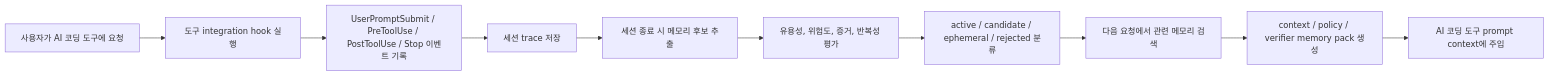
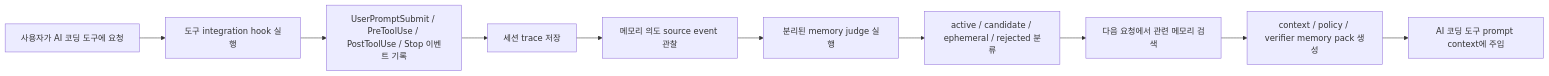
Before and after one commit to lteawoo/MemAssist: the first of 8 diagrams in README.md, drawn with Mermaid. The commit also changed other lines of this file and 53 other files, not shown here.

````diff
--- a/README.md
+++ b/README.md
@@ -107,12 +111,12 @@
 ```mermaid
 flowchart LR
     A[사용자가 AI 코딩 도구에 요청] --> B[도구 integration hook 실행]
     B --> C[UserPromptSubmit / PreToolUse / PostToolUse / Stop 이벤트 기록]
     C --> D[세션 trace 저장]
-    D --> E[세션 종료 시 메모리 후보 추출]
-    E --> F[유용성, 위험도, 증거, 반복성 평가]
+    D --> E[메모리 의도 source event 관찰]
+    E --> F[분리된 memory judge 실행]
     F --> G[active / candidate / ephemeral / rejected 분류]
     G --> H[다음 요청에서 관련 메모리 검색]
     H --> I[context / policy / verifier memory pack 생성]
     I --> J[AI 코딩 도구 prompt context에 주입]
 ```
````
